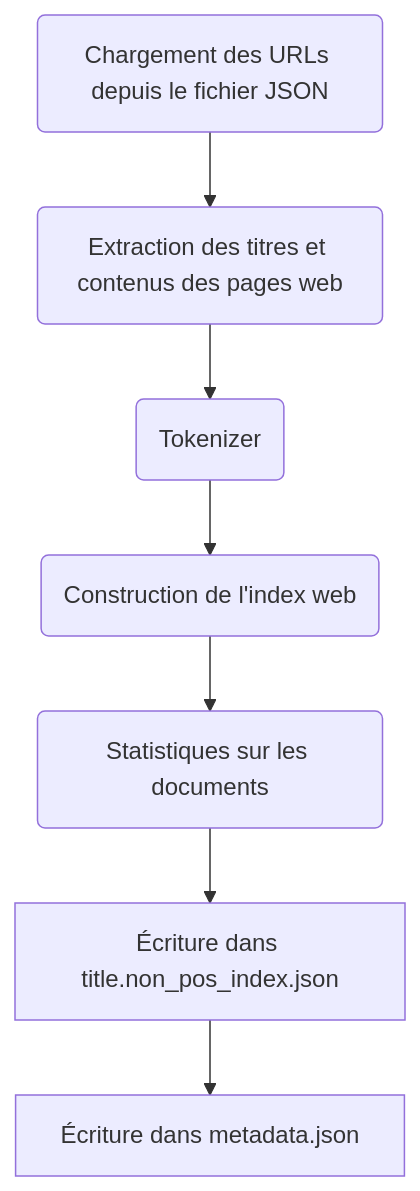
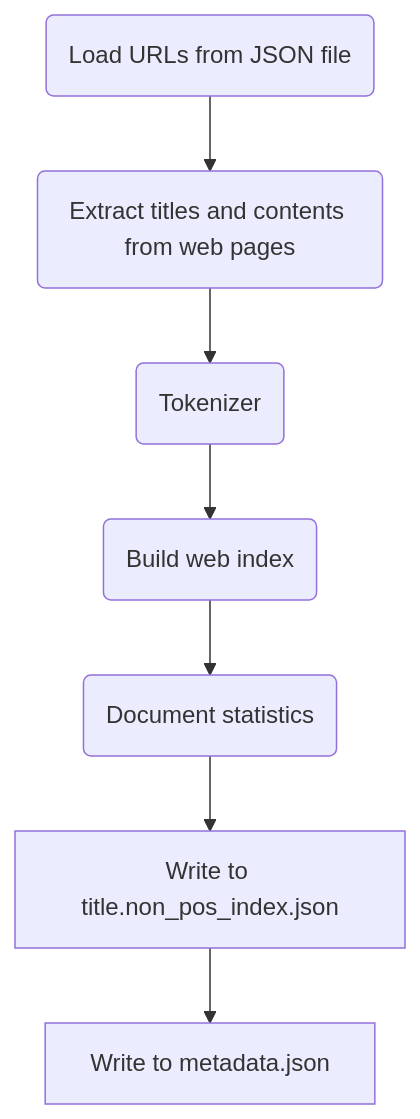
The diagram in README.md (odi77/web-index), drawn with Mermaid before and after one commit. The commit also changed other lines of this file, not shown here.

````diff
--- a/README.md
+++ b/README.md
@@ -3,10 +7,10 @@
 ```mermaid
 graph TD;
-    A(Chargement des URLs depuis le fichier JSON) --> B(Extraction des titres et contenus des pages web)
+    A(Load URLs from JSON file) --> B(Extract titles and contents from web pages)
     B --> C(Tokenizer)
-    C --> D(Construction de l'index web)
-    D --> E(Statistiques sur les documents)
-    E --> F[Écriture dans title.non_pos_index.json]
-    F --> G[Écriture dans metadata.json]
+    C --> D(Build web index)
+    D --> E(Document statistics)
+    E --> F[Write to title.non_pos_index.json]
+    F --> G[Write to metadata.json]
 
 ```
````
